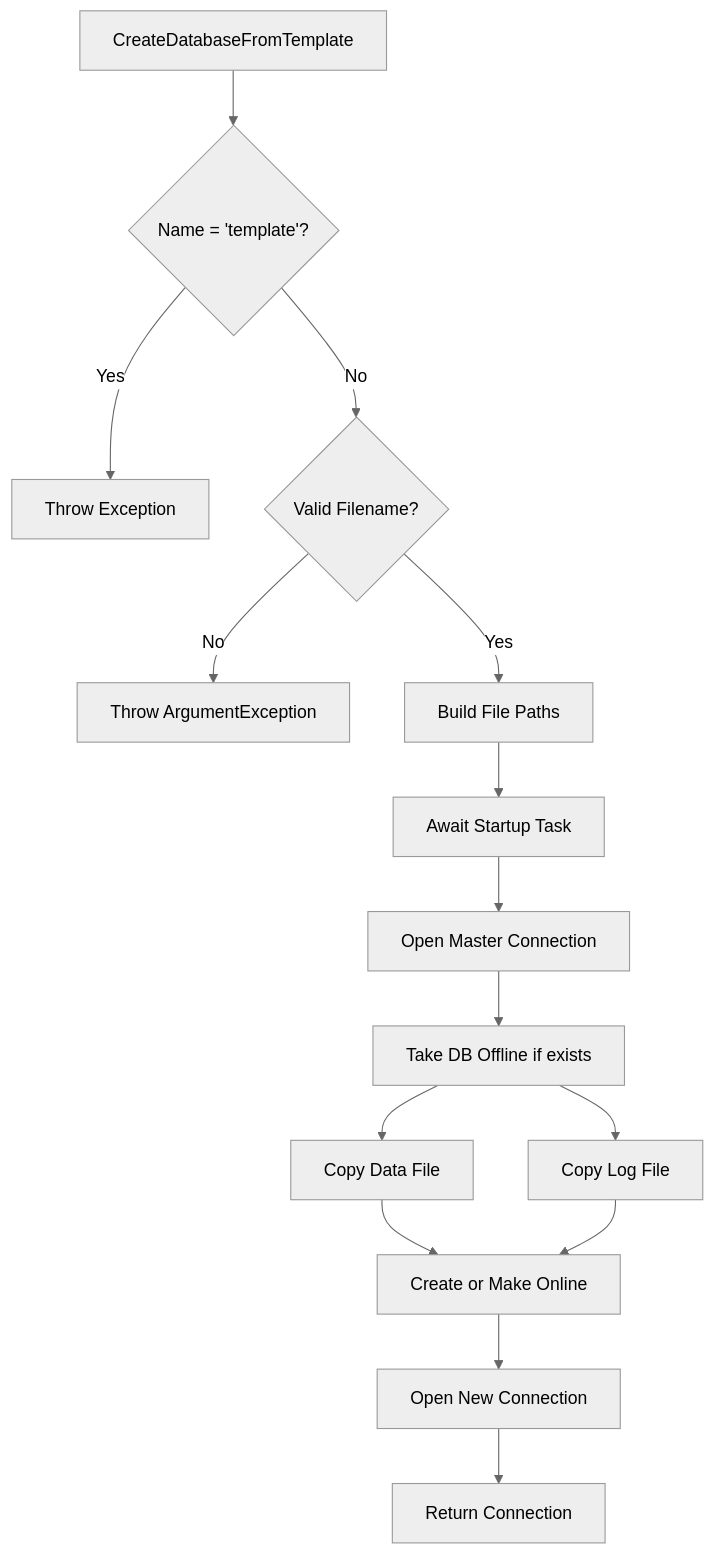
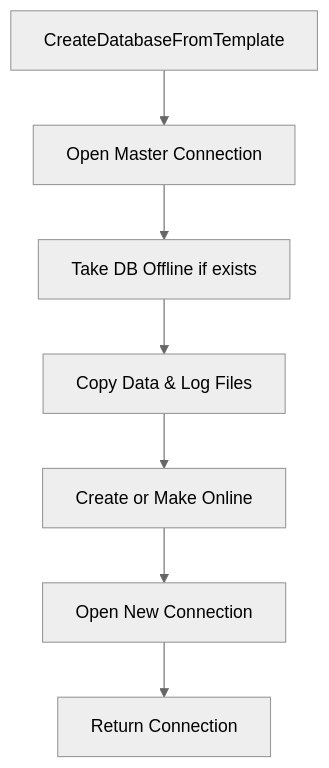
One commit to SimonCropp/LocalDb changed the third of 3 diagrams in docs/mdsource/workflow.md. Above: the diagram before and after it, drawn with Mermaid (neutral theme).

````diff
--- a/docs/mdsource/workflow.md
+++ b/docs/mdsource/workflow.md
@@ -132,18 +132,10 @@
 ```mermaid
 flowchart TD
     entry[CreateDatabaseFromTemplate]
-    entry --> checkReservedName{Name = 'template'?}
-    checkReservedName -->|Yes| throwReserved[Throw Exception]
-    checkReservedName -->|No| checkValidName{Valid Filename?}
-    checkValidName -->|No| throwInvalid[Throw ArgumentException]
-    checkValidName -->|Yes| buildPaths[Build File Paths]
-    buildPaths --> awaitStartup[Await Startup Task]
-    awaitStartup --> openMaster[Open Master Connection]
+    entry --> openMaster[Open Master Connection]
     openMaster --> takeOffline[Take DB Offline if exists]
-    takeOffline --> copyData[Copy Data File]
-    takeOffline --> copyLog[Copy Log File]
-    copyData --> createOrOnline[Create or Make Online]
-    copyLog --> createOrOnline
+    takeOffline --> copyFiles[Copy Data & Log Files]
+    copyFiles --> createOrOnline[Create or Make Online]
     createOrOnline --> openNewConn[Open New Connection]
     openNewConn --> returnConn[Return Connection]
 ```
````
